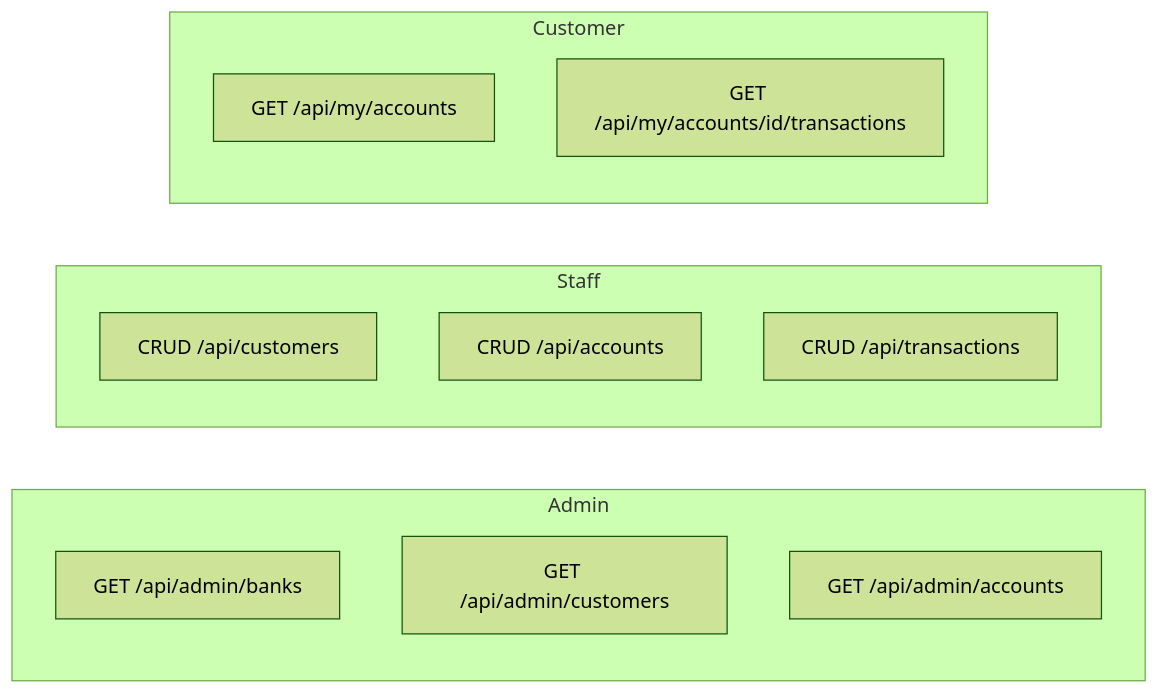
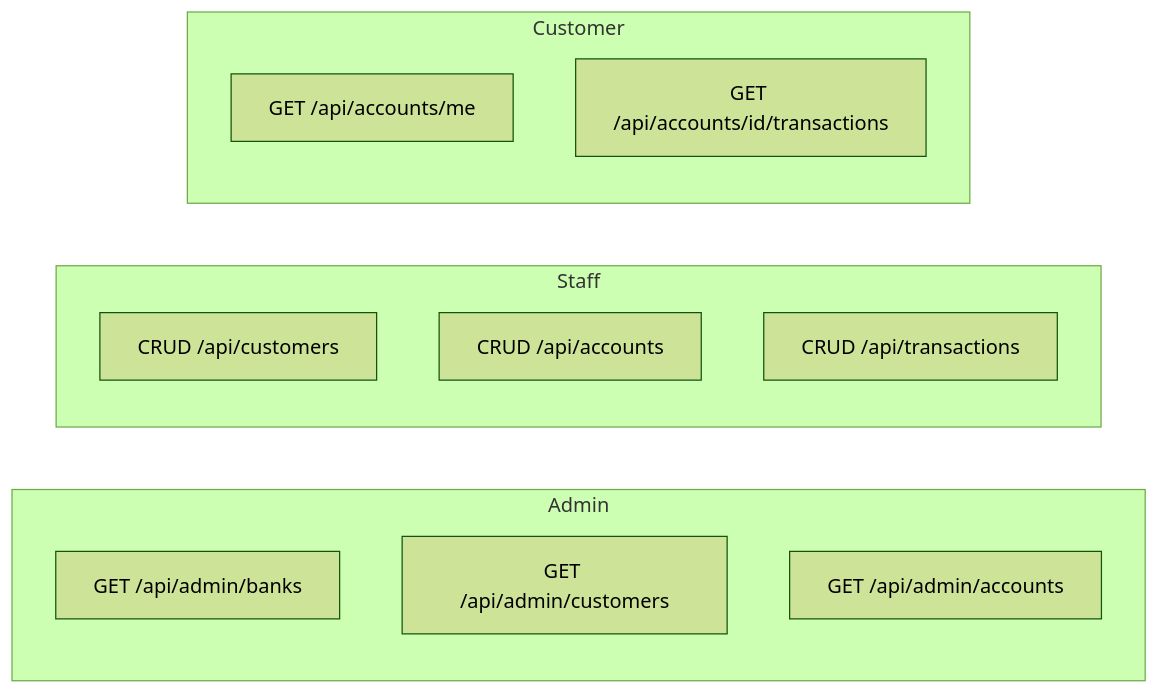
The fifth of 6 diagrams in README.md (SjoenH/efcore-multitenant-dual-dbcontext-demo), drawn with Mermaid (forest theme) before and after one commit. The commit also changed other lines of this file, not shown here.

Commit message:
docs: update README for routing refactor and removed MyAccountsController

````diff
--- a/README.md
+++ b/README.md
@@ -171,19 +171,19 @@
 ```mermaid
 flowchart LR
     subgraph Admin
         A1[GET /api/admin/banks]
         A2[GET /api/admin/customers]
         A3[GET /api/admin/accounts]
     end
 
     subgraph Staff
         S1[CRUD /api/customers]
         S2[CRUD /api/accounts]
         S3[CRUD /api/transactions]
     end
 
     subgraph Customer
-        C1[GET /api/my/accounts]
-        C2[GET /api/my/accounts/id/transactions]
+        C1[GET /api/accounts/me]
+        C2[GET /api/accounts/id/transactions]
     end
 ```
````
